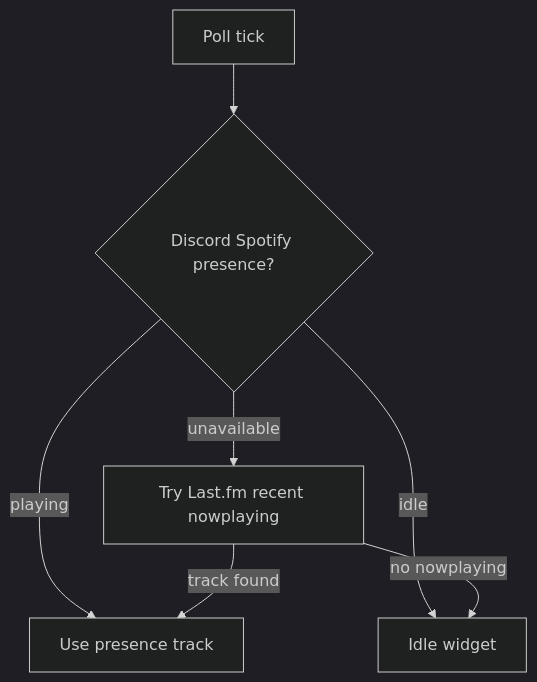
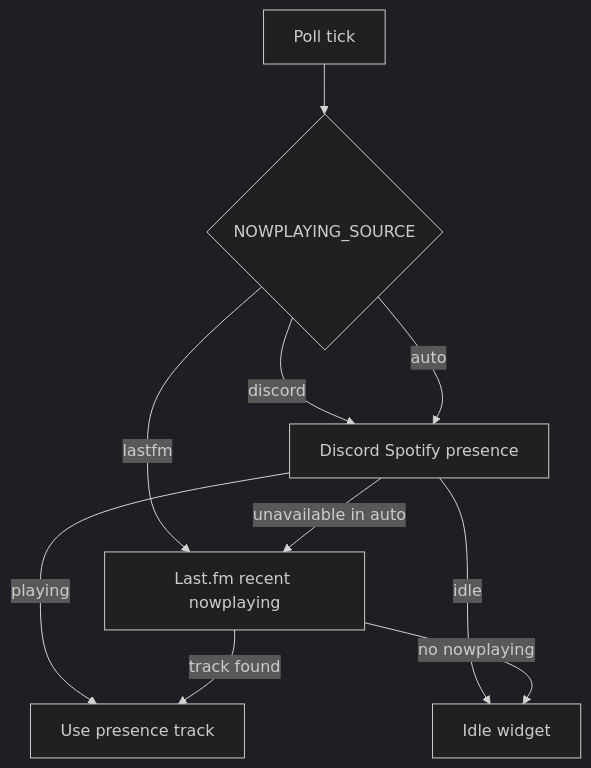
One commit to MeYashverma/discord-stats.fm-widget changed the fourth of 6 diagrams in docs/ARCHITECTURE.md. Above: the diagram before and after it, drawn with Mermaid (dark theme). The commit also changed other lines of this file and 10 other files, not shown here.

Commit message:
feat: add configurable now-playing source with Last.fm and Discord options

````diff
--- a/docs/ARCHITECTURE.md
+++ b/docs/ARCHITECTURE.md
@@ -94,9 +94,12 @@
 ```mermaid
 flowchart TD
-    START[Poll tick] --> PRES{Discord Spotify presence?}
+    START[Poll tick] --> SRC{NOWPLAYING_SOURCE}
+    SRC -->|lastfm| LFM[Last.fm recent nowplaying]
+    SRC -->|discord| PRES[Discord Spotify presence]
+    SRC -->|auto| PRES
     PRES -->|playing| TRACK[Use presence track]
     PRES -->|idle| IDLE[Idle widget]
-    PRES -->|unavailable| LFM[Try Last.fm recent nowplaying]
+    PRES -->|unavailable in auto| LFM
     LFM -->|track found| TRACK
     LFM -->|no nowplaying| IDLE
 ```
````
